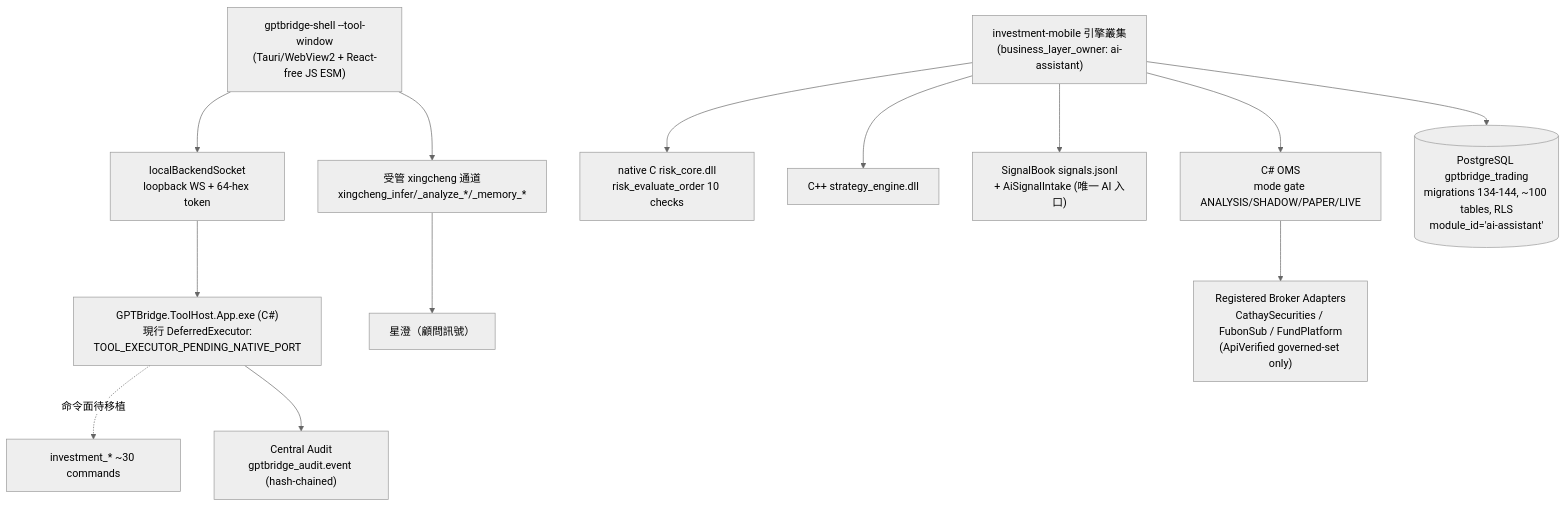
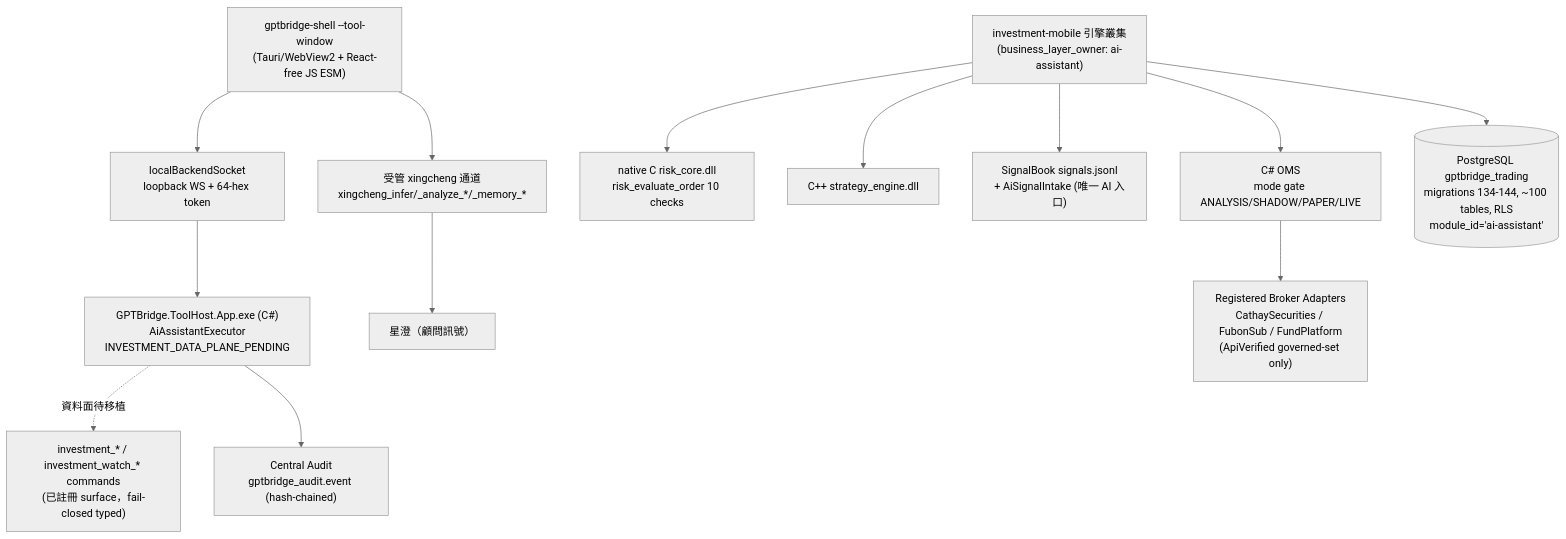
One commit to guilty442-source/GPTBridge changed the diagram in governance_rule/codex/architecture-tool-ai-assistant.md. Above: the diagram before and after it, drawn with Mermaid (neutral theme). The commit also changed other lines of this file and 21 other files, not shown here.

````diff
--- a/governance_rule/codex/architecture-tool-ai-assistant.md
+++ b/governance_rule/codex/architecture-tool-ai-assistant.md
@@ -3,18 +3,18 @@
 ```mermaid
 flowchart TB
   UI["gptbridge-shell --tool-window<br/>(Tauri/WebView2 + React-free JS ESM)"] --> SOCK["localBackendSocket<br/>loopback WS + 64-hex token"]
-  SOCK --> HOST["GPTBridge.ToolHost.App.exe (C#)<br/>現行 DeferredExecutor:<br/>TOOL_EXECUTOR_PENDING_NATIVE_PORT"]
-  HOST -.命令面待移植.-> INVCMD["investment_* ~30 commands"]
+  SOCK --> HOST["GPTBridge.ToolHost.App.exe (C#)<br/>AiAssistantExecutor<br/>INVESTMENT_DATA_PLANE_PENDING"]
+  HOST -.資料面待移植.-> INVCMD["investment_* / investment_watch_* commands<br/>(已註冊 surface，fail-closed typed)"]
 
   CLUSTER["investment-mobile 引擎叢集<br/>(business_layer_owner: ai-assistant)"] --> OMS["C# OMS<br/>mode gate ANALYSIS/SHADOW/PAPER/LIVE"]
   CLUSTER --> RISK["native C risk_core.dll<br/>risk_evaluate_order 10 checks"]
   CLUSTER --> STRAT["C++ strategy_engine.dll"]
   CLUSTER --> SIG["SignalBook signals.jsonl<br/>+ AiSignalIntake (唯一 AI 入口)"]
 
   XCHAN["受管 xingcheng 通道<br/>xingcheng_infer/_analyze_*/_memory_*"] --> XC[星澄（顧問訊號）]
   UI --> XCHAN
 
   OMS --> BROKER["Registered Broker Adapters<br/>CathaySecurities / FubonSub / FundPlatform<br/>(ApiVerified governed-set only)"]
   CLUSTER --> PG[("PostgreSQL gptbridge_trading<br/>migrations 134-144, ~100 tables, RLS<br/>module_id='ai-assistant'")]
   HOST --> AUDIT["Central Audit<br/>gptbridge_audit.event (hash-chained)"]
 ```
````
